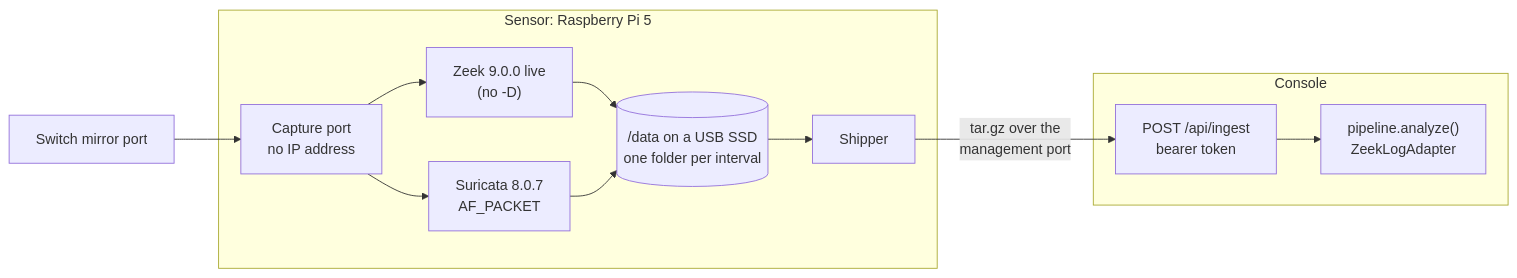
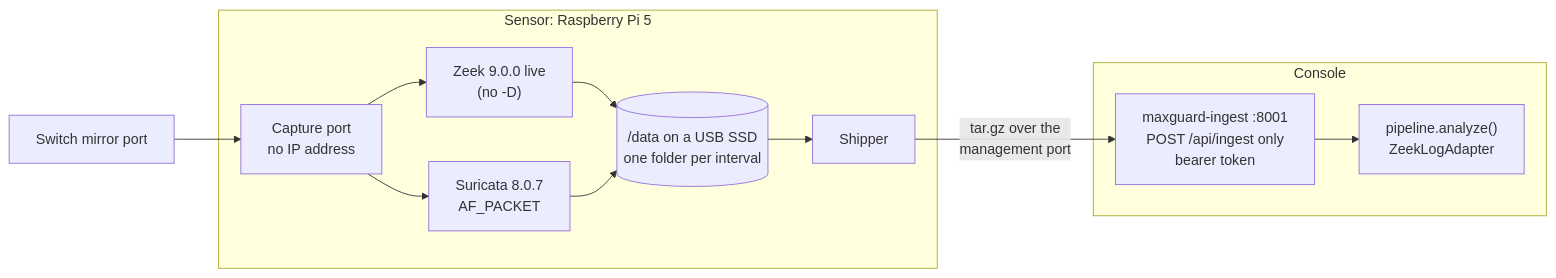
One commit to ahmadalkhoudeir/maxguard changed the third of 4 diagrams in docs/ARCHITECTURE.md. Above: the diagram before and after it, drawn with Mermaid. The commit also changed other lines of this file and 4 other files, not shown here.

First line of the commit message:
security: Host allow-list against DNS rebinding; ingest-only app for the LAN

````diff
--- a/docs/ARCHITECTURE.md
+++ b/docs/ARCHITECTURE.md
@@ -232,18 +232,18 @@
 ```mermaid
 flowchart LR
   MIRROR["Switch mirror port"] --> CAP
   subgraph pi["Sensor: Raspberry Pi 5"]
     CAP["Capture port<br/>no IP address"]
     ZL["Zeek 9.0.0 live<br/>(no -D)"]
     SL["Suricata 8.0.7<br/>AF_PACKET"]
     D[("/data on a USB SSD<br/>one folder per interval")]
     SH["Shipper"]
   end
   subgraph console["Console"]
-    IN["POST /api/ingest<br/>bearer token"]
+    IN["maxguard-ingest :8001<br/>POST /api/ingest only<br/>bearer token"]
     PL["pipeline.analyze()<br/>ZeekLogAdapter"]
   end
   CAP --> ZL --> D
   CAP --> SL --> D
   D --> SH -->|"tar.gz over the<br/>management port"| IN --> PL
 ```
````
